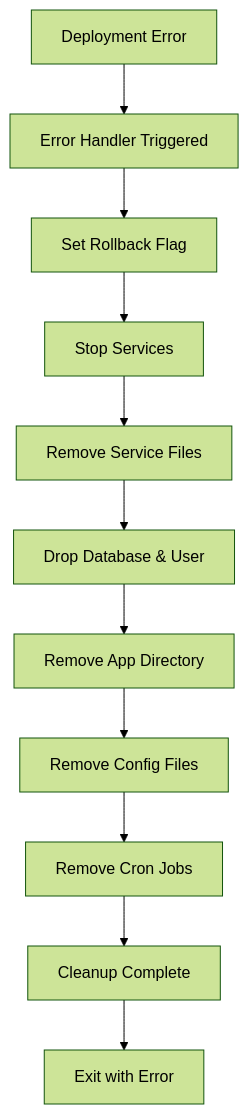
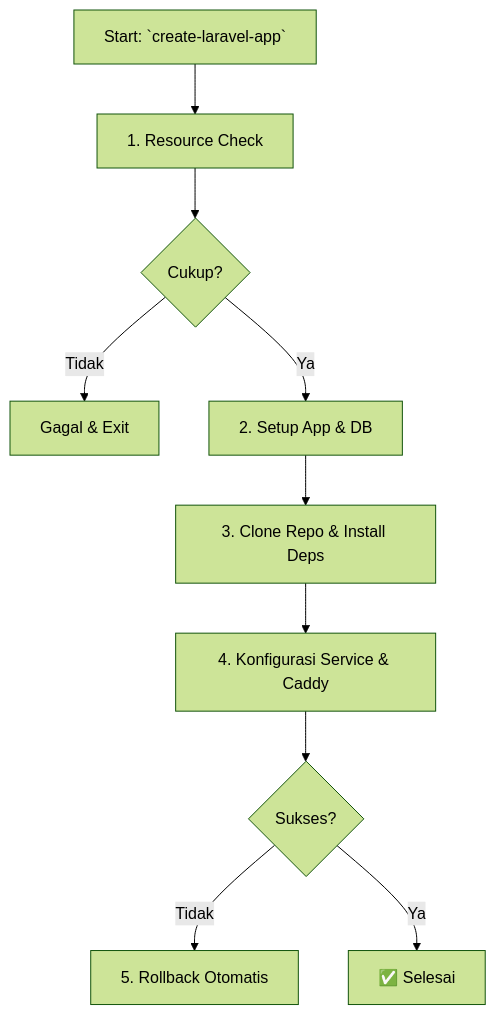
Before and after one commit to MekayaStudio/FrankLaraPloy: the second of 2 diagrams in README.md, drawn with Mermaid (forest theme). The commit also changed other lines of this file and 1 other file, not shown here.

````diff
--- a/README.md
+++ b/README.md
@@ -479,13 +146,12 @@
 ```mermaid
 graph TD
-    A[Deployment Error] --> B[Error Handler Triggered]
-    B --> C[Set Rollback Flag]
-    C --> D[Stop Services]
-    D --> E[Remove Service Files]
-    E --> F[Drop Database & User]
-    F --> G[Remove App Directory]
-    G --> H[Remove Config Files]
-    H --> I[Remove Cron Jobs]
-    I --> J[Cleanup Complete]
-    J --> K[Exit with Error]
+    A[Start: `create-laravel-app`] --> B[1. Resource Check]
+    B --> C{Cukup?}
+    C -->|Tidak| D[Gagal & Exit]
+    C -->|Ya| E[2. Setup App & DB]
+    E --> F[3. Clone Repo & Install Deps]
+    F --> G[4. Konfigurasi Service & Caddy]
+    G --> H{Sukses?}
+    H -->|Tidak| I[5. Rollback Otomatis]
+    H -->|Ya| J[✅ Selesai]
 ```
````
